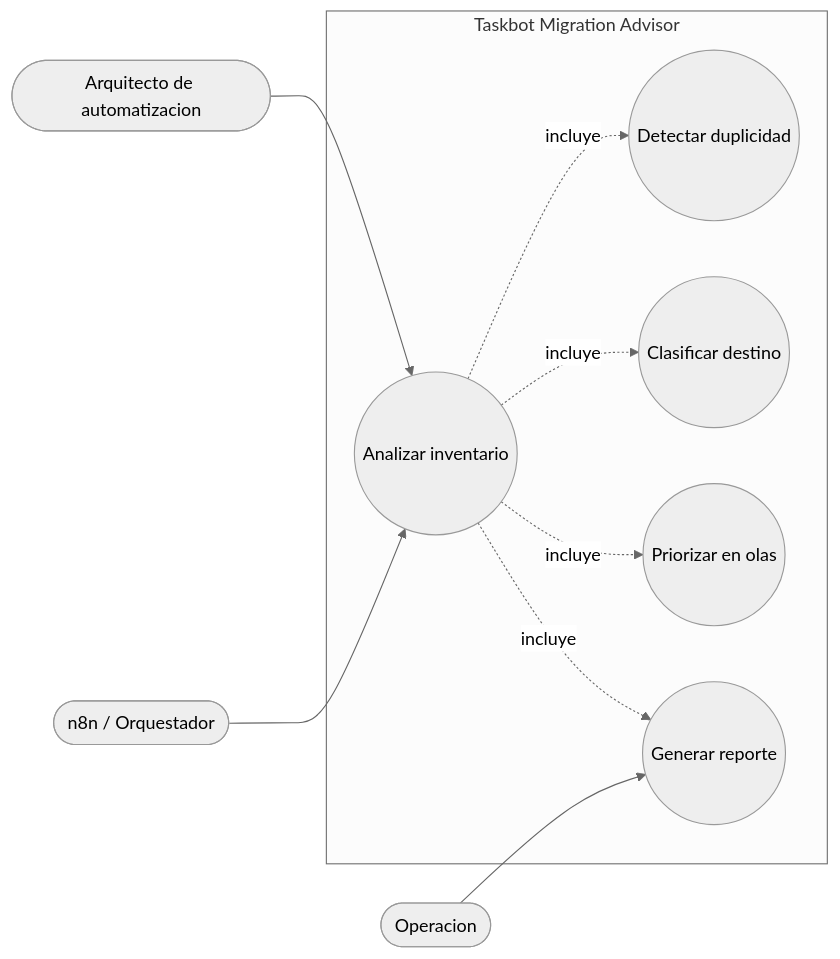
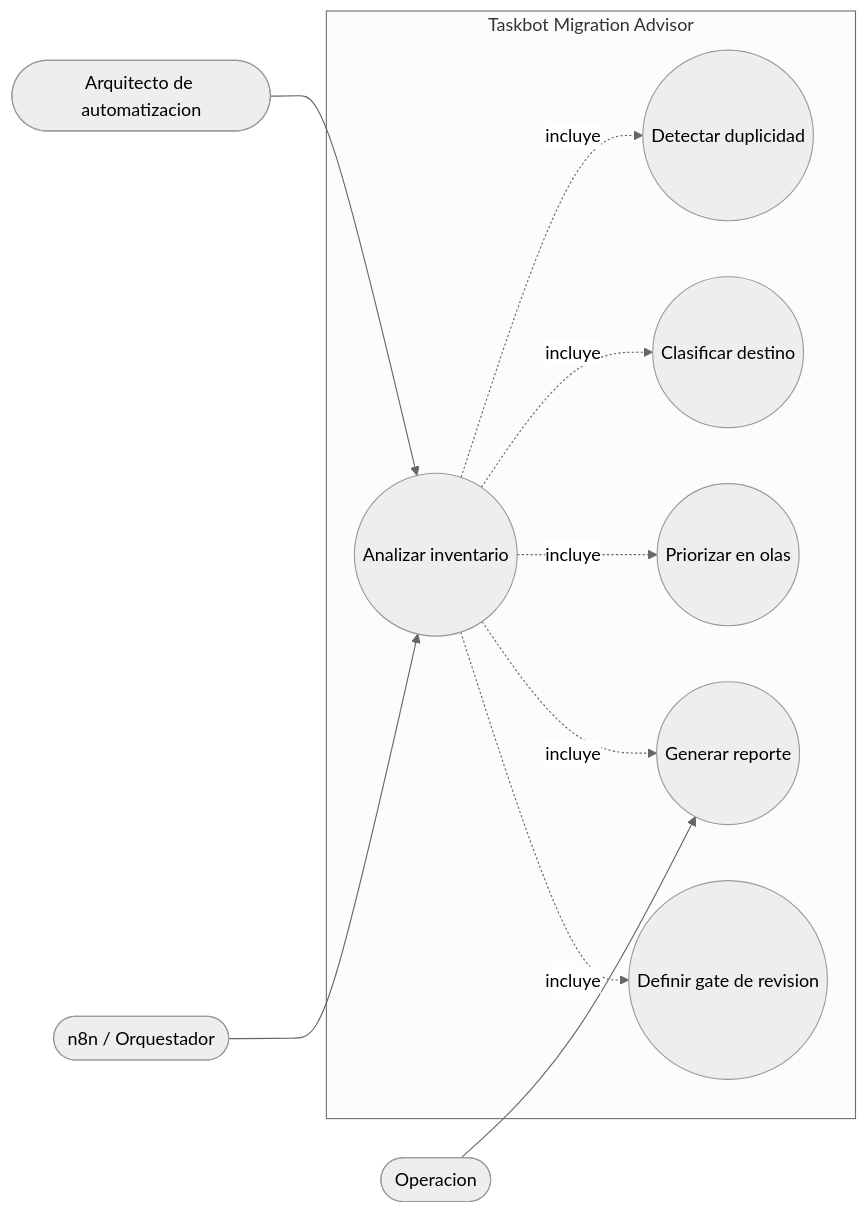
One commit to cataia-code/bancolombia-technical-challenge-b changed the first of 5 diagrams in docs/uml.md. Above: the diagram before and after it, drawn with Mermaid (neutral theme). The commit also changed other lines of this file and 41 other files, not shown here.

````diff
--- a/docs/uml.md
+++ b/docs/uml.md
@@ -5,20 +5,22 @@
 ```mermaid
 flowchart LR
     arq([Arquitecto de automatizacion])
     ops([Operacion])
     n8n([n8n / Orquestador])
     subgraph Sistema[Taskbot Migration Advisor]
       uc1((Analizar inventario))
       uc2((Detectar duplicidad))
       uc3((Clasificar destino))
       uc4((Priorizar en olas))
       uc5((Generar reporte))
+      uc6((Definir gate de revision))
     end
     arq --> uc1
     ops --> uc5
     n8n --> uc1
     uc1 -.incluye.-> uc2
     uc1 -.incluye.-> uc3
     uc1 -.incluye.-> uc4
     uc1 -.incluye.-> uc5
+    uc1 -.incluye.-> uc6
 ```
````
